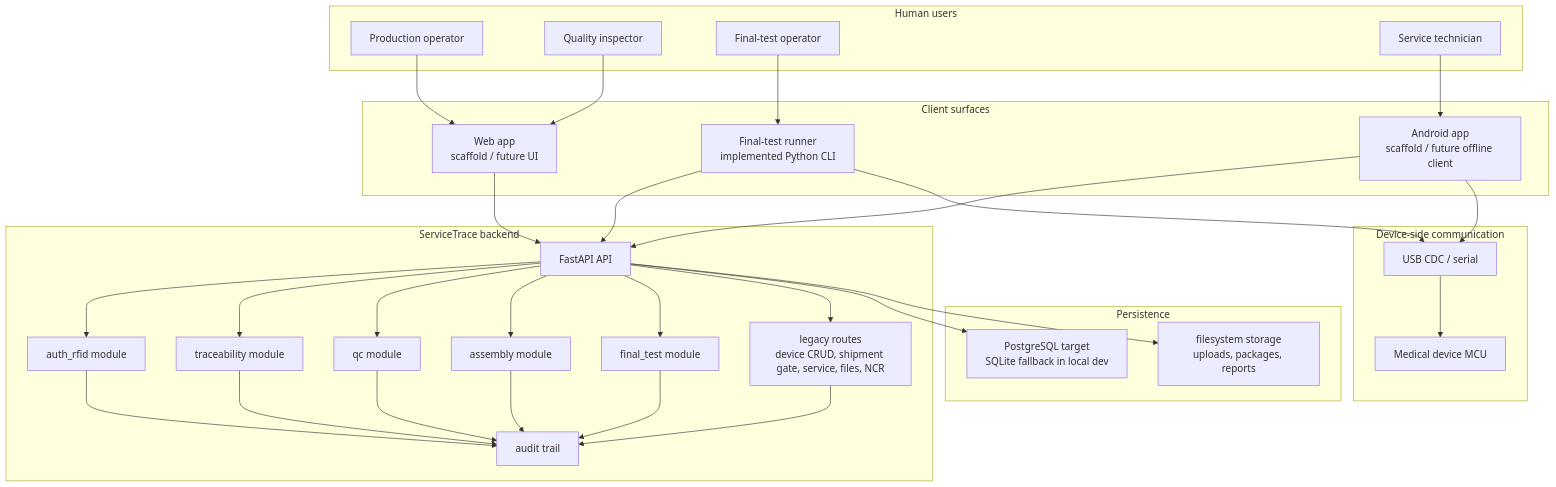
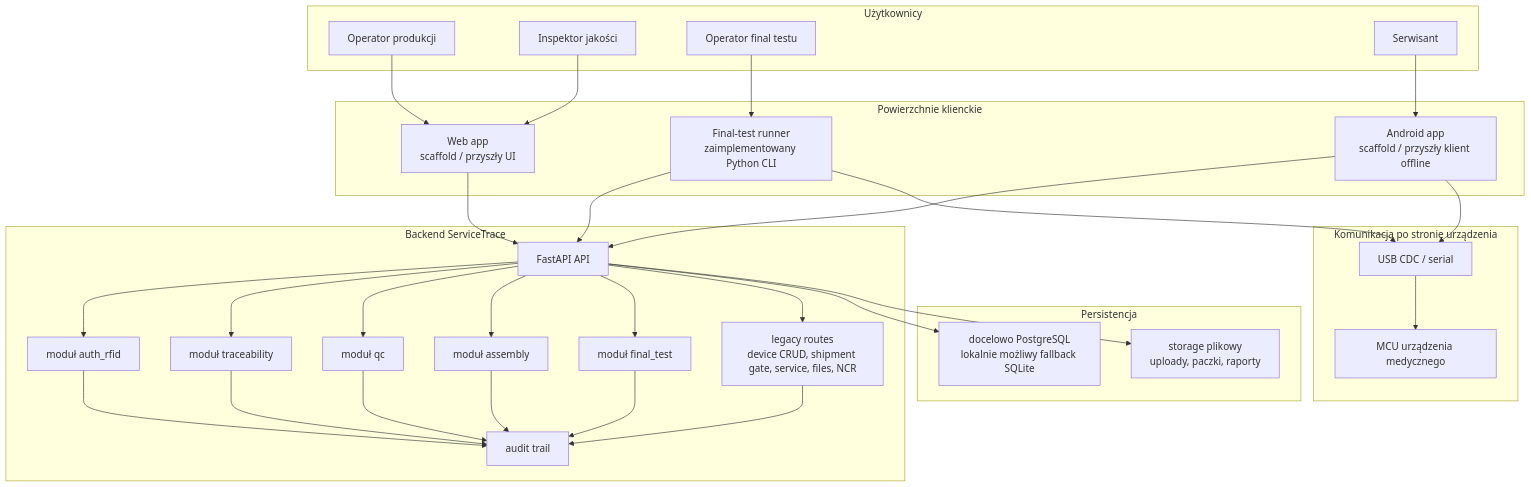
The diagram in docs/diagrams/system-architecture.md (cichonmichal76-collab/quality), drawn with Mermaid before and after one commit. The commit also changed other lines of this file and 34 other files, not shown here.

````diff
--- a/docs/diagrams/system-architecture.md
+++ b/docs/diagrams/system-architecture.md
@@ -9,65 +9,65 @@
 ```mermaid
 graph TD
-    subgraph Users["Human users"]
-        PROD["Production operator"]
-        QUAL["Quality inspector"]
-        TEST["Final-test operator"]
-        TECH["Service technician"]
+    subgraph Users["Użytkownicy"]
+        PROD["Operator produkcji"]
+        QUAL["Inspektor jakości"]
+        TEST["Operator final testu"]
+        TECH["Serwisant"]
     end
 
-    subgraph Clients["Client surfaces"]
-        WEB["Web app<br/>scaffold / future UI"]
-        RUNNER["Final-test runner<br/>implemented Python CLI"]
-        MOBILE["Android app<br/>scaffold / future offline client"]
+    subgraph Clients["Powierzchnie klienckie"]
+        WEB["Web app<br/>scaffold / przyszły UI"]
+        RUNNER["Final-test runner<br/>zaimplementowany Python CLI"]
+        MOBILE["Android app<br/>scaffold / przyszły klient offline"]
     end
 
-    subgraph Backend["ServiceTrace backend"]
+    subgraph Backend["Backend ServiceTrace"]
         API["FastAPI API"]
-        AUTH["auth_rfid module"]
-        TRACE["traceability module"]
-        QC["qc module"]
-        ASSEMBLY["assembly module"]
-        FINALTEST["final_test module"]
+        AUTH["moduł auth_rfid"]
+        TRACE["moduł traceability"]
+        QC["moduł qc"]
+        ASSEMBLY["moduł assembly"]
+        FINALTEST["moduł final_test"]
         LEGACY["legacy routes<br/>device CRUD, shipment gate, service, files, NCR"]
         AUDIT["audit trail"]
     end
 
-    subgraph Data["Persistence"]
-        DB["PostgreSQL target<br/>SQLite fallback in local dev"]
-        FILES["filesystem storage<br/>uploads, packages, reports"]
+    subgraph Data["Persistencja"]
+        DB["docelowo PostgreSQL<br/>lokalnie możliwy fallback SQLite"]
+        FILES["storage plikowy<br/>uploady, paczki, raporty"]
     end
 
-    subgraph DeviceSide["Device-side communication"]
-        MCU["Medical device MCU"]
+    subgraph DeviceSide["Komunikacja po stronie urządzenia"]
+        MCU["MCU urządzenia medycznego"]
         USB["USB CDC / serial"]
     end
 
     PROD --> WEB
     QUAL --> WEB
     TEST --> RUNNER
     TECH --> MOBILE
 
     WEB --> API
     RUNNER --> API
     MOBILE --> API
 
     API --> AUTH
     API --> TRACE
     API --> QC
     API --> ASSEMBLY
     API --> FINALTEST
     API --> LEGACY
     AUTH --> AUDIT
     TRACE --> AUDIT
     QC --> AUDIT
     ASSEMBLY --> AUDIT
     FINALTEST --> AUDIT
     LEGACY --> AUDIT
 
     API --> DB
     API --> FILES
 
     RUNNER --> USB
     MOBILE --> USB
     USB --> MCU
 ```
````
